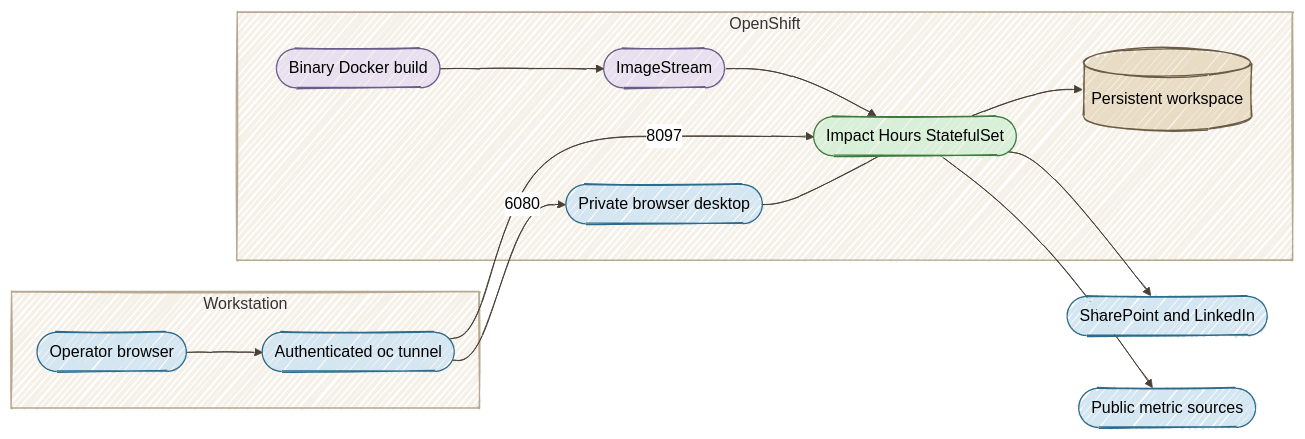
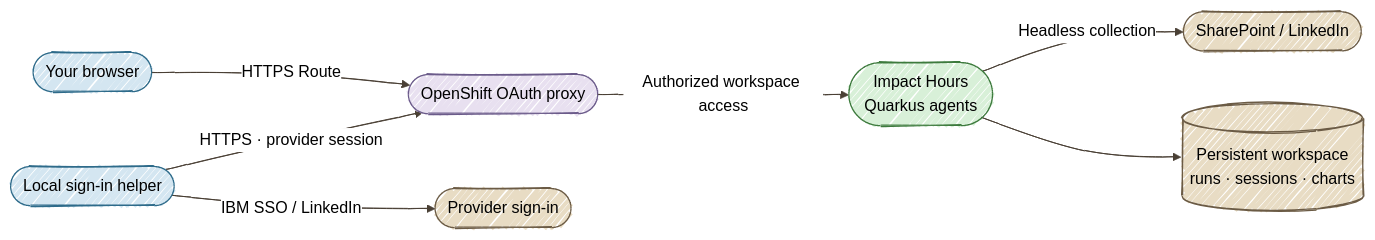
Before and after one commit to danieloh30/impact-metrics-appdev: the diagram in docs/site/deploy/openshift.md, drawn with Mermaid. The commit also changed other lines of this file and 39 other files, not shown here.

Commit message:
Deploy protected OpenShift Route with local account sign-in

````diff
--- a/docs/site/deploy/openshift.md
+++ b/docs/site/deploy/openshift.md
@@ -21,32 +7,18 @@
 ```mermaid
 %%{init: {'look':'handDrawn','theme':'neutral','themeVariables': {'lineColor':'#4A4035'}}}%%
 flowchart LR
-  subgraph Workstation
-    U([Operator browser])
-    T([Authenticated oc tunnel])
-    U --> T
-  end
-  subgraph OpenShift
-    B([Binary Docker build]) --> I([ImageStream])
-    I --> A([Impact Hours StatefulSet])
-    A --> V[(Persistent workspace)]
-    T -->|8097| A
-    T -->|6080| D([Private browser desktop])
-    D --- A
-  end
-  A --> S([SharePoint and LinkedIn])
-  A --> P([Public metric sources])
+    U([Your browser]) -->|HTTPS Route| O([OpenShift OAuth proxy])
+    O -->|Authorized workspace access| A([Impact Hours<br/>Quarkus agents])
+    H([Local sign-in helper]) -->|HTTPS · provider session| O
+    H -->|IBM SSO / LinkedIn| S([Provider sign-in])
+    A -->|Headless collection| M([SharePoint / LinkedIn])
+    A --> P[(Persistent workspace<br/>runs · sessions · charts)]
 
-  style U fill:#D4E6F1,stroke:#2E6B8A
-  style T fill:#D4E6F1,stroke:#2E6B8A
-  style B fill:#E8E0F0,stroke:#6B5B8A
-  style I fill:#E8E0F0,stroke:#6B5B8A
-  style A fill:#D8F0D8,stroke:#3D7A3D
-  style V fill:#E8DCC4,stroke:#6B5B45
-  style D fill:#D4E6F1,stroke:#2E6B8A
-  style S fill:#D4E6F1,stroke:#2E6B8A
-  style P fill:#D4E6F1,stroke:#2E6B8A
-  style Workstation fill:#F5F1E9,stroke:#B7A991
-  style OpenShift fill:#F5F1E9,stroke:#B7A991
-  linkStyle default stroke:#4A4035
+    style U fill:#D4E6F1,stroke:#2E6B8A
+    style H fill:#D4E6F1,stroke:#2E6B8A
+    style O fill:#E8E0F0,stroke:#6B5B8A
+    style A fill:#D8F0D8,stroke:#3D7A3D
+    style S fill:#E8DCC4,stroke:#6B5B45
+    style M fill:#E8DCC4,stroke:#6B5B45
+    style P fill:#E8DCC4,stroke:#6B5B45
 ```
````
